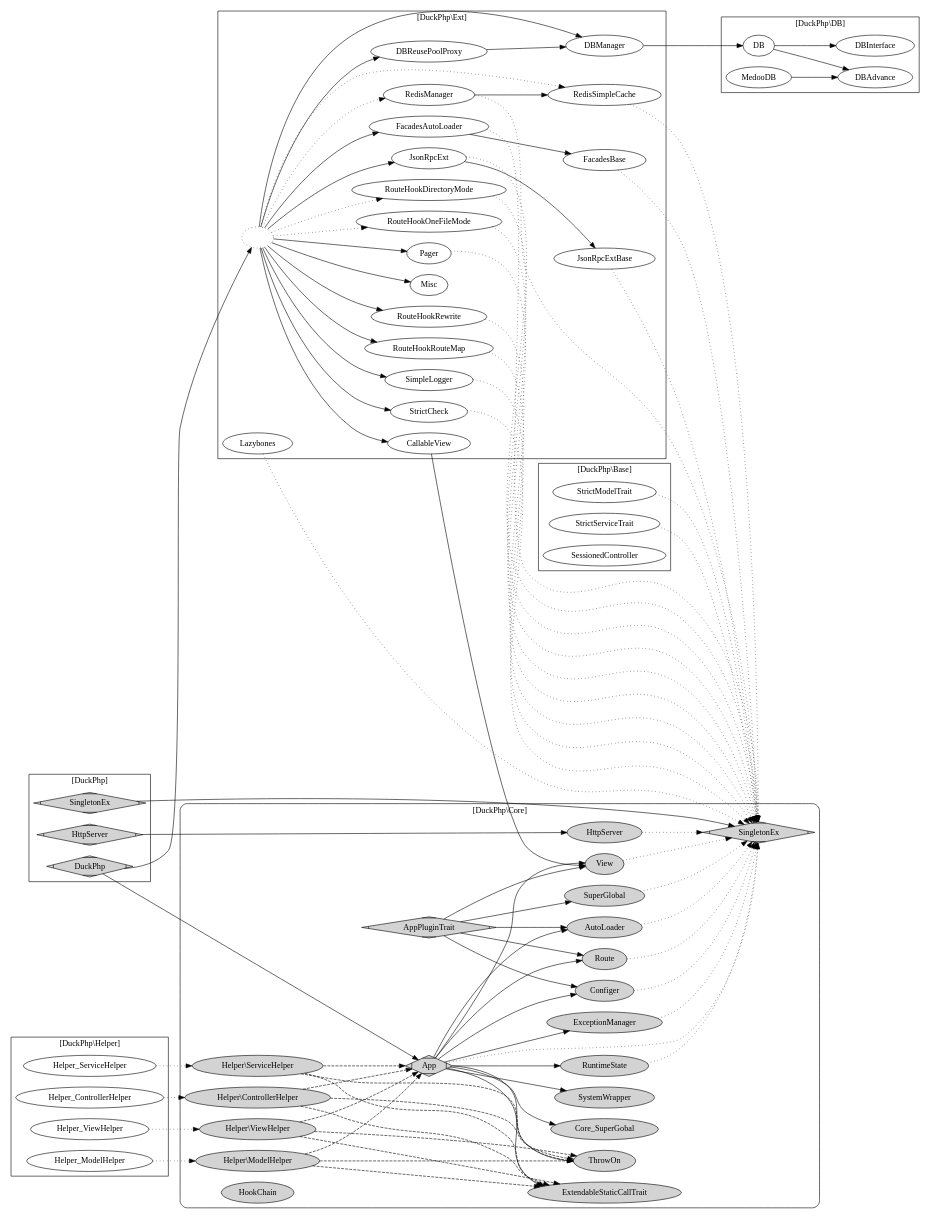
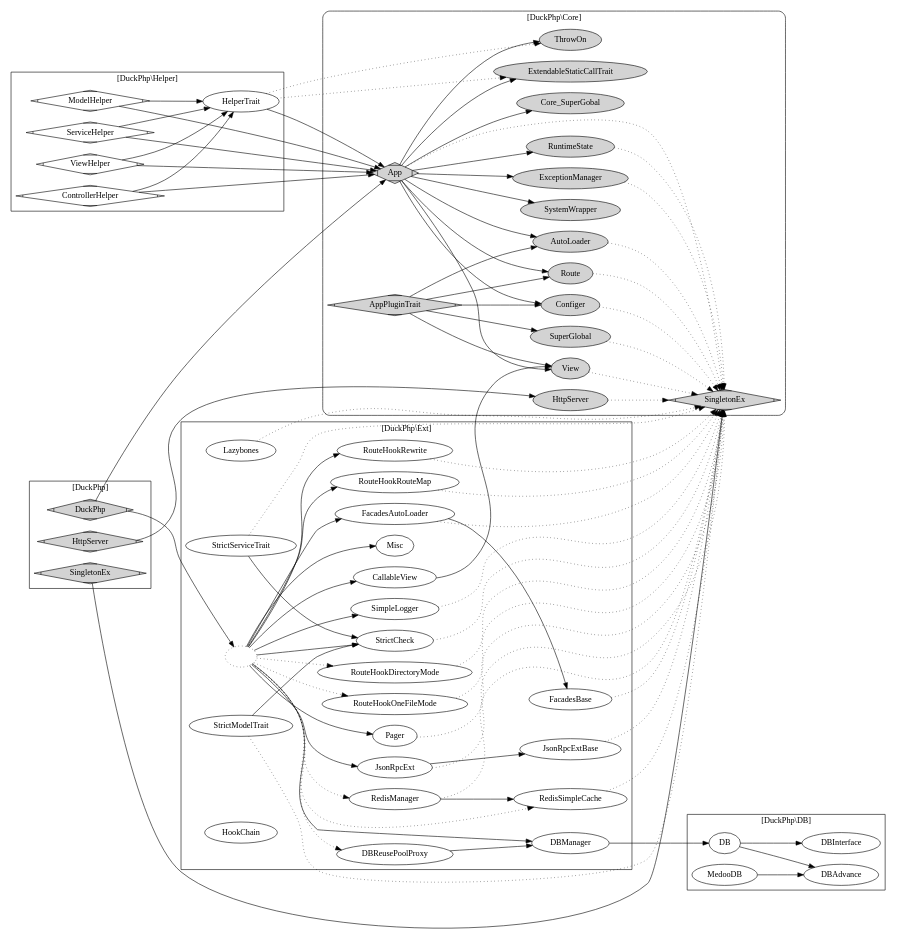
One commit to dvaknheo/duckphp changed the diagram in doc/duckphp.gv. Above: the diagram before and after it, drawn with Graphviz. The commit also changed 1 other file, not shown here.

Commit message:
同步架构图

```diff
--- a/doc/duckphp.gv
+++ b/doc/duckphp.gv
@@ -1,194 +1,184 @@
 digraph G{
 /* This is a graphviz file */
 graph [rankdir = "LR"];
     
     SingletonEx [shape=Mdiamond];
     
 subgraph cluster_Core {
     style = "rounded";
     label = "[DuckPhp\\Core]";
     node [style=filled];
     
     Core_App -> Core_AutoLoader ;
     Core_App -> Core_ExceptionManager;
     Core_App -> Core_View;
     Core_App -> Core_Configer;
     Core_App -> Core_Route;
     Core_App -> Core_RuntimeState;
     
     
     Core_App -> Core_SingletonEx [style="dotted"];
     Core_App -> Core_ThrowOn;
     Core_App -> Core_ExtendableStaticCallTrait;
     Core_App -> Core_SuperGobal;
     Core_App -> Core_SystemWrapper;
     
     Core_AutoLoader -> Core_SingletonEx [style="dotted"];
     Core_ExceptionManager -> Core_SingletonEx [style="dotted"];
     Core_View -> Core_SingletonEx [style="dotted"];
     Core_Configer -> Core_SingletonEx [style="dotted"];
     Core_Route -> Core_SingletonEx [style="dotted"];
     Core_RuntimeState -> Core_SingletonEx [style="dotted"];
     
     Core_HttpServer -> Core_SingletonEx [style="dotted"];
     Core_SuperGlobal -> Core_SingletonEx [style="dotted"];
 
 
     Core_AppPluginTrait -> Core_AutoLoader;
     Core_AppPluginTrait -> Core_Configer;
     Core_AppPluginTrait -> Core_View;
     Core_AppPluginTrait -> Core_Route;
     Core_AppPluginTrait -> Core_SuperGlobal;
 
-    Core_Helper_ModelHelper -> Core_ExtendableStaticCallTrait [style="dashed"];
-    Core_Helper_ModelHelper -> Core_ThrowOn [style="dashed"];
-    Core_Helper_ModelHelper -> Core_App [style="dashed"];
-
-    Core_Helper_ServiceHelper -> Core_ExtendableStaticCallTrait [style="dashed"];
-    Core_Helper_ServiceHelper -> Core_ThrowOn [style="dashed"];
-    Core_Helper_ServiceHelper -> Core_App [style="dashed"];
-
-
-
-    Core_Helper_ControllerHelper -> Core_ExtendableStaticCallTrait [style="dashed"];
-    Core_Helper_ControllerHelper -> Core_ThrowOn [style="dashed"];
-    Core_Helper_ControllerHelper -> Core_App [style="dashed"];
-    
-    Core_Helper_ViewHelper -> Core_ExtendableStaticCallTrait [style="dashed"];
-    Core_Helper_ViewHelper -> Core_ThrowOn [style="dashed"];
-    Core_Helper_ViewHelper -> Core_App [style="dashed"];
 
     Core_AppPluginTrait [label="AppPluginTrait";shape=Mdiamond];
 
     Core_App [label="App";shape=Mdiamond];
     Core_SingletonEx [label="SingletonEx";shape=Mdiamond];
     Core_AutoLoader [label="AutoLoader"];
     Core_ExceptionManager [label="ExceptionManager"];
     Core_View [label="View"];
     Core_Configer [label="Configer"];
     Core_Route [label="Route"];
     Core_RuntimeState [label="RuntimeState"];
     Core_SystemWrapper [label="SystemWrapper"];
     
     Core_HttpServer [label="HttpServer"];
     Core_SuperGlobal [label="SuperGlobal"];
 
     Core_ExtendableStaticCallTrait [label="ExtendableStaticCallTrait"];
     
     Core_ThrowOn [label="ThrowOn"];
-
-    Core_HookChain [label="HookChain"];
-
-    Core_Helper_ModelHelper [label="Helper\\ModelHelper"];
-    Core_Helper_ServiceHelper [label="Helper\\ServiceHelper"];
-    Core_Helper_ControllerHelper [label="Helper\\ControllerHelper"];
-    Core_Helper_ViewHelper [label="Helper\\ViewHelper"];
-    
     
 }
 
 
 
-subgraph cluster_Base {
-    label = "[DuckPhp\\Base]";
-    StrictModelTrait -> Core_SingletonEx [style="dotted"]; 
-    StrictServiceTrait -> Core_SingletonEx [style="dotted"]; 
-    SessionedController;
-}
+
 subgraph cluster_Helper {
     label = "[DuckPhp\\Helper]";
-    Helper_ControllerHelper -> Core_Helper_ControllerHelper [style="dotted"]; 
-    Helper_ModelHelper -> Core_Helper_ModelHelper [style="dotted"]; 
-    Helper_ServiceHelper -> Core_Helper_ServiceHelper [style="dotted"]; 
-    Helper_ViewHelper -> Core_Helper_ViewHelper [style="dotted"]; 
+    ControllerHelper -> Core_App; 
+    ModelHelper -> Core_App; 
+    ServiceHelper -> Core_App; 
+    ViewHelper -> Core_App; 
+    HelperTrait -> Core_App;
+    HelperTrait -> Core_ExtendableStaticCallTrait [style="dotted"];
+    HelperTrait -> Core_ThrowOn [style="dotted"];
+    
+    ControllerHelper -> HelperTrait; 
+    ModelHelper -> HelperTrait; 
+    ServiceHelper -> HelperTrait; 
+    ViewHelper -> HelperTrait; 
+
+    ControllerHelper [label="ControllerHelper";shape=Mdiamond];
+    ModelHelper [label="ModelHelper";shape=Mdiamond];
+    ServiceHelper [label="ServiceHelper";shape=Mdiamond];
+    ViewHelper [label="ViewHelper";shape=Mdiamond];
+
+
 }
 
 
 
 
 subgraph cluster_DB {
     label = "[DuckPhp\\DB]";
 
     DB_DB -> DB_DBAdvance;
     DB_DB -> DB_DBInterface;
     DB_MedooDB -> DB_DBAdvance;
 
     DB_DB [label="DB"];
     DB_DBAdvance [label="DBAdvance"];
     DB_DBInterface [label="DBInterface"];
     DB_MedooDB [label="MedooDB"];
 
 
 }
 
 
 
-
-
-
 subgraph cluster_Ext {
 label = "[DuckPhp\\Ext]";
     Ext [label="";style="dotted"];
     
     Ext -> CallableView -> Core_View;
     Ext -> DBManager -> DB_DB;
-    Ext -> DBReusePoolProxy ->DBManager; 
+    Ext -> DBReusePoolProxy [style="dotted"];
+    
     Ext -> FacadesAutoLoader;
     Ext -> JsonRpcExt;
     Ext -> Misc
     Ext -> Pager;
     Ext -> RouteHookRewrite;
     Ext -> RouteHookRouteMap;
     Ext -> SimpleLogger;
     Ext -> StrictCheck;
     
     Ext -> RedisManager [style="dotted"];
     Ext -> RedisSimpleCache [style="dotted"];
     Ext -> RouteHookDirectoryMode [style="dotted"];
     Ext -> RouteHookOneFileMode [style="dotted"];
     
+    DBReusePoolProxy ->DBManager; 
     JsonRpcExt -> JsonRpcExtBase ;
     JsonRpcExt -> Core_SingletonEx [style="dotted"];
     JsonRpcExtBase -> Core_SingletonEx [style="dotted"];
 
     FacadesAutoLoader ->FacadesBase ;
     FacadesAutoLoader -> Core_SingletonEx [style="dotted"];
     FacadesBase -> Core_SingletonEx [style="dotted"];
     
     Lazybones -> Core_SingletonEx [style="dotted"];
     
     Pager -> Core_SingletonEx [style="dotted"]; 
     
     RedisManager -> RedisSimpleCache;
     RedisManager -> Core_SingletonEx [style="dotted"]; 
     RedisSimpleCache -> Core_SingletonEx [style="dotted"]; 
     
     RouteHookDirectoryMode -> Core_SingletonEx [style="dotted"]; 
     RouteHookOneFileMode -> Core_SingletonEx [style="dotted"];
     
     RouteHookRewrite -> Core_SingletonEx[style="dotted"]; 
     RouteHookRouteMap -> Core_SingletonEx [style="dotted"]; 
 
     SimpleLogger -> Core_SingletonEx [style="dotted"]; 
     StrictCheck -> Core_SingletonEx [style="dotted"]; 
     
+    StrictModelTrait -> Core_SingletonEx [style="dotted"]; 
+    StrictServiceTrait -> Core_SingletonEx [style="dotted"];
 
+    StrictModelTrait -> StrictCheck; 
+    StrictServiceTrait -> StrictCheck; 
+    
+    Core_HookChain [label="HookChain"];
 
 }
 subgraph cluster_DuckPhp {
     label = "[DuckPhp]";
         node [style=filled];
 
     HttpServer -> Core_HttpServer;
     DuckPhp -> Core_App;
     SingletonEx -> Core_SingletonEx;
 
     DuckPhp -> Ext;
 
     DuckPhp [shape=Mdiamond];
     HttpServer [shape=Mdiamond];
     
     SingletonEx [style=filled,shape=Mdiamond];
 }
 
 }
```
